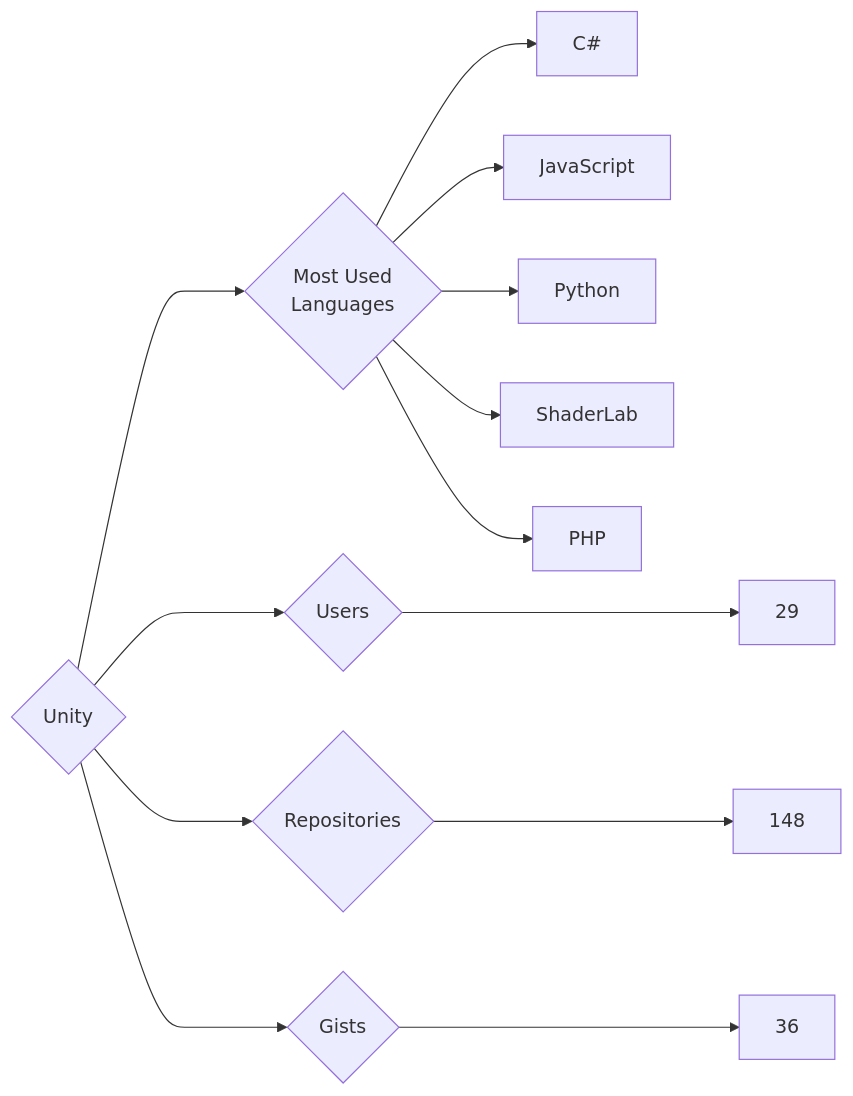
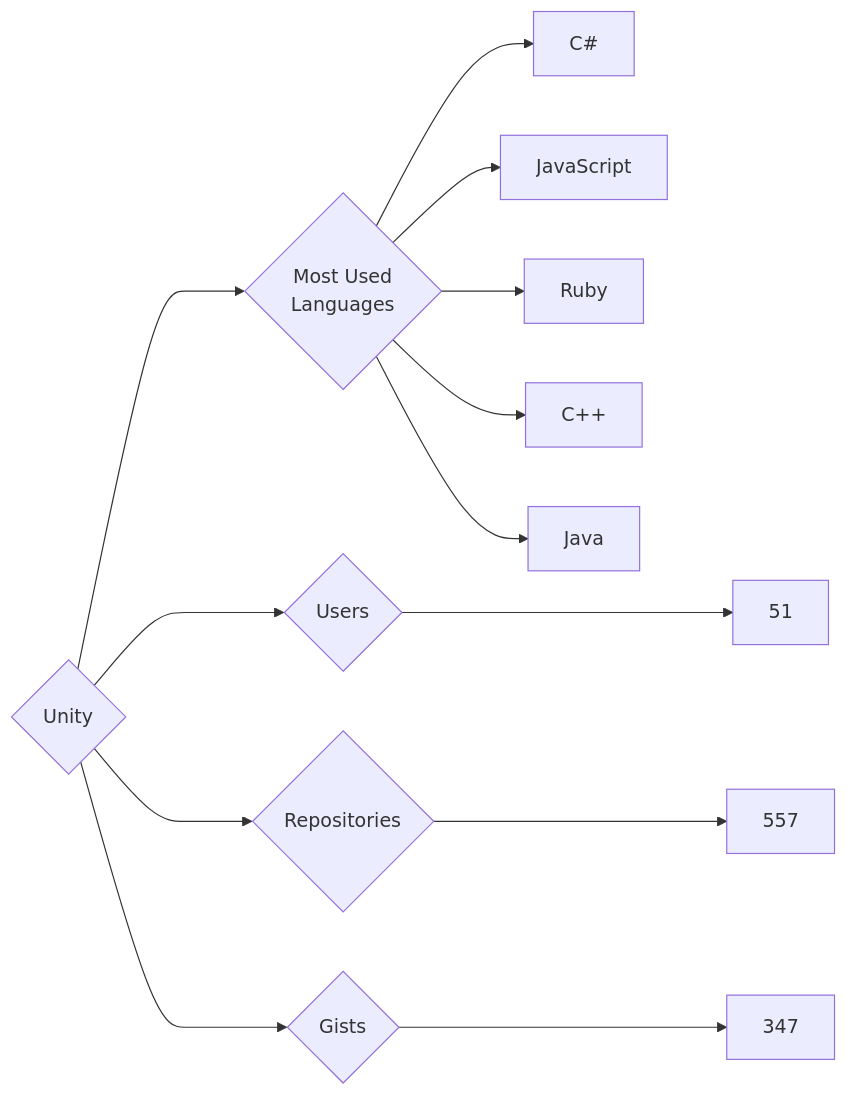
Before and after one commit to trickest/insiders: the diagram in targets/Unity/README.md, drawn with Mermaid. The commit also changed 912 other files, not shown here.

````diff
--- a/targets/Unity/README.md
+++ b/targets/Unity/README.md
@@ -3,13 +3,13 @@
 ```mermaid
 graph LR
 COMPANY_NAME{Unity}
-COMPANY_NAME ---> U{Users} ---> UN[29]
-COMPANY_NAME ---> R{Repositories} ---> RN[148]
-COMPANY_NAME ---> G{Gists} ---> GN[36]
+COMPANY_NAME ---> U{Users} ---> UN[51]
+COMPANY_NAME ---> R{Repositories} ---> RN[557]
+COMPANY_NAME ---> G{Gists} ---> GN[347]
 COMPANY_NAME ---> ML{Most Used<br>Languages}
 ML --> C#[C#]
 ML --> JavaScript[JavaScript]
-ML --> Python[Python]
-ML --> ShaderLab[ShaderLab]
-ML --> PHP[PHP]
+ML --> Ruby[Ruby]
+ML --> C++[C++]
+ML --> Java[Java]
 ```
````
